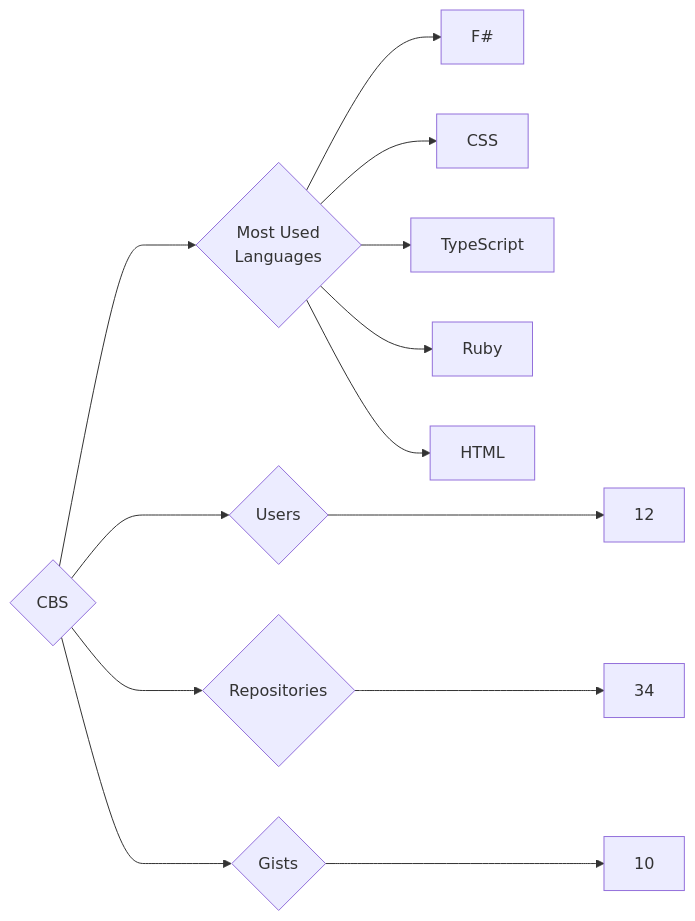
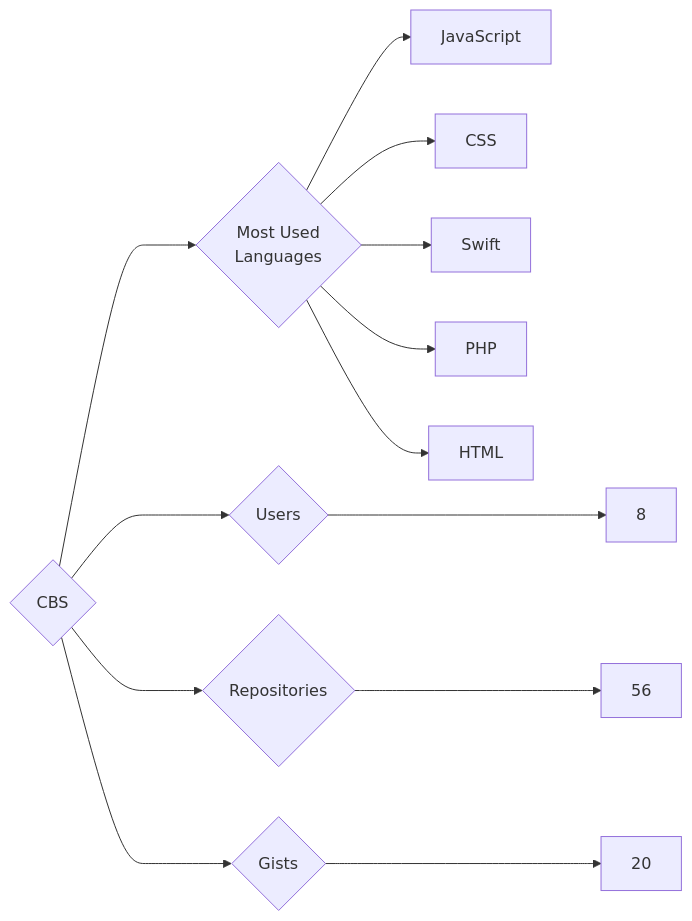
The diagram in targets/CBS/README.md (trickest/insiders), drawn with Mermaid before and after one commit. The commit also changed 786 other files, not shown here.

````diff
--- a/targets/CBS/README.md
+++ b/targets/CBS/README.md
@@ -3,13 +3,13 @@
 ```mermaid
 graph LR
 COMPANY_NAME{CBS}
-COMPANY_NAME ---> U{Users} ---> UN[12]
-COMPANY_NAME ---> R{Repositories} ---> RN[34]
-COMPANY_NAME ---> G{Gists} ---> GN[10]
+COMPANY_NAME ---> U{Users} ---> UN[8]
+COMPANY_NAME ---> R{Repositories} ---> RN[56]
+COMPANY_NAME ---> G{Gists} ---> GN[20]
 COMPANY_NAME ---> ML{Most Used<br>Languages}
-ML --> F#[F#]
+ML --> JavaScript[JavaScript]
 ML --> CSS[CSS]
-ML --> TypeScript[TypeScript]
-ML --> Ruby[Ruby]
+ML --> Swift[Swift]
+ML --> PHP[PHP]
 ML --> HTML[HTML]
 ```
````
